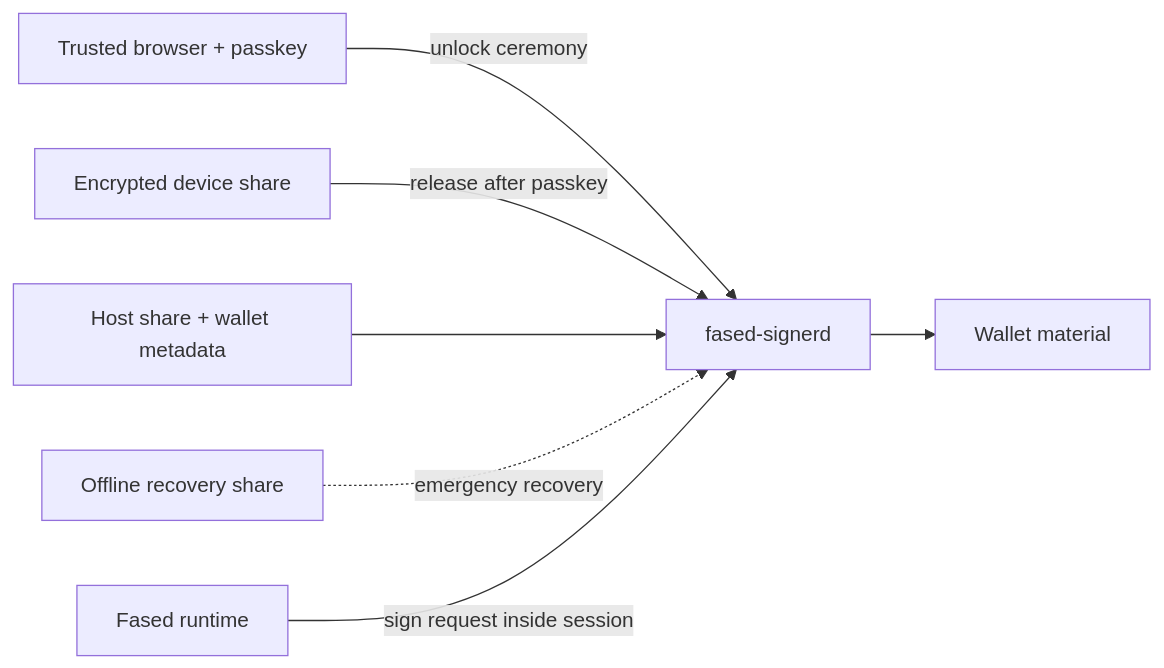
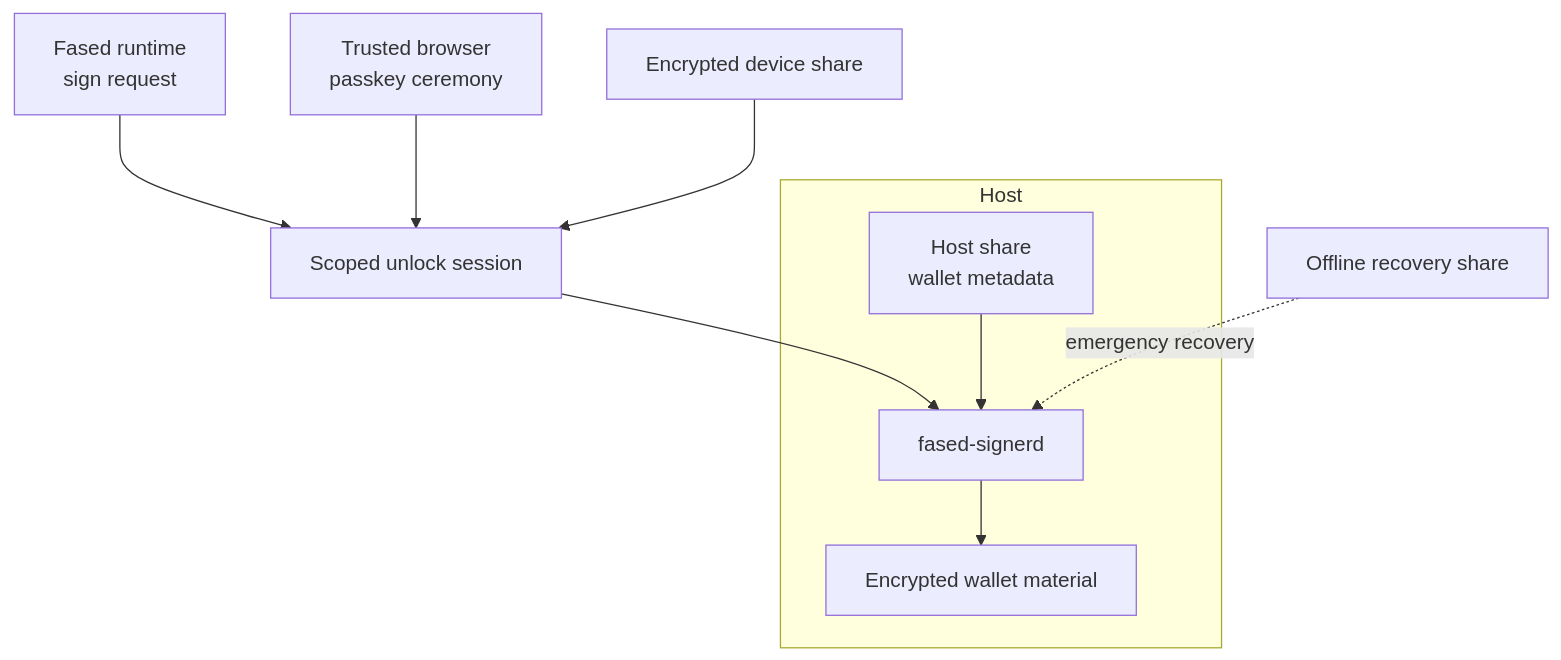
One commit to fased-ai/fased changed the diagram in docs/plugins/crypto/wallet-autonomous-security.md. Above: the diagram before and after it, drawn with Mermaid. The commit also changed other lines of this file and 264 other files, not shown here.

````diff
--- a/docs/plugins/crypto/wallet-autonomous-security.md
+++ b/docs/plugins/crypto/wallet-autonomous-security.md
@@ -50,9 +50,17 @@
 ```mermaid
-flowchart LR
-    UI[Trusted browser + passkey] -->|unlock ceremony| Signer[fased-signerd]
-    Device[Encrypted device share] -->|release after passkey| Signer
-    Host[Host share + wallet metadata] --> Signer
-    Recovery[Offline recovery share] -. emergency recovery .-> Signer
-    Signer --> Wallet[Wallet material]
-    Runtime[Fased runtime] -->|sign request inside session| Signer
+flowchart TD
+    Runtime["Fased runtime<br/>sign request"] --> Session["Scoped unlock session"]
+    UI["Trusted browser<br/>passkey ceremony"] --> Session
+    Device["Encrypted device share"] --> Session
+
+    subgraph HostLayer["Host"]
+      Host["Host share<br/>wallet metadata"]
+      Signer["fased-signerd"]
+      Wallet["Encrypted wallet material"]
+    end
+
+    Session --> Signer
+    Host --> Signer
+    Signer --> Wallet
+    Recovery["Offline recovery share"] -. emergency recovery .-> Signer
 ```
````
